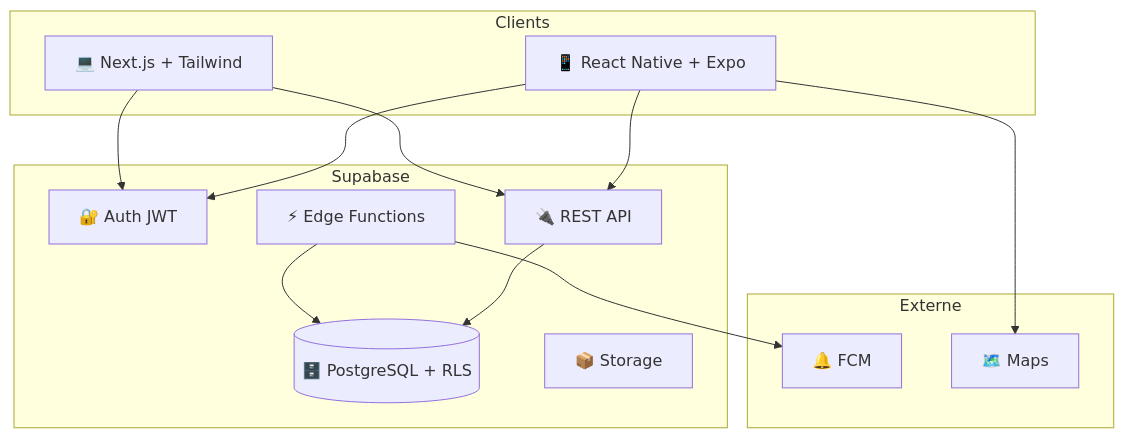
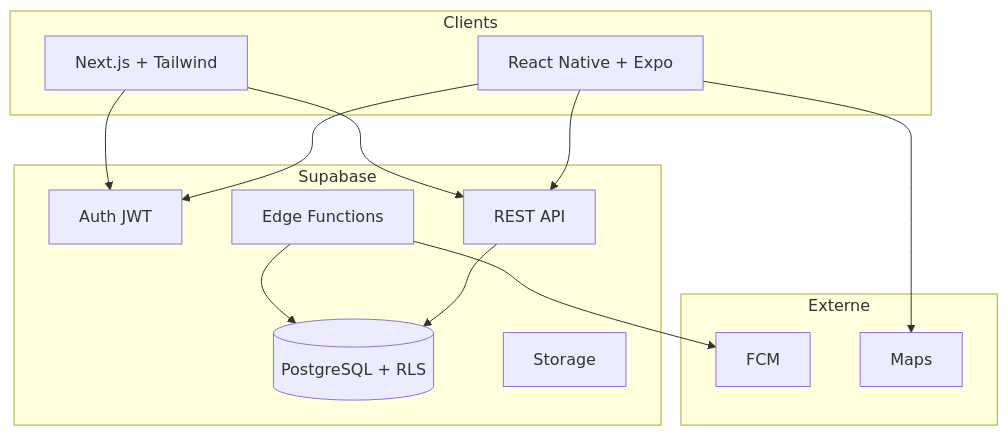
Before and after one commit to senmos26/bloodlink: the second of 5 diagrams in docs/CAHIER_DES_CHARGES_V2.md, drawn with Mermaid. The commit also changed other lines of this file and 82 other files, not shown here.

Commit message:
feat: rebuild mobile app with NativeWind Supabase Auth BloodLink screens

````diff
--- a/docs/CAHIER_DES_CHARGES_V2.md
+++ b/docs/CAHIER_DES_CHARGES_V2.md
@@ -232,26 +232,26 @@
 ```mermaid
 graph TB
     subgraph Clients
-        Mobile[📱 React Native + Expo]
-        Web[💻 Next.js + Tailwind]
+        Mobile[React Native + Expo]
+        Web[Next.js + Tailwind]
     end
     subgraph Supabase
-        Auth[🔐 Auth JWT]
-        DB[(🗄️ PostgreSQL + RLS)]
-        API[🔌 REST API]
-        EF[⚡ Edge Functions]
-        Storage[📦 Storage]
+        Auth[Auth JWT]
+        DB[(PostgreSQL + RLS)]
+        API[REST API]
+        EF[Edge Functions]
+        Storage[Storage]
     end
     subgraph Externe
-        FCM[🔔 FCM]
-        Maps[🗺️ Maps]
+        FCM[FCM]
+        Maps[Maps]
     end
     Mobile --> API
     Mobile --> Auth
     Web --> API
     Web --> Auth
     API --> DB
     EF --> DB
     EF --> FCM
     Mobile --> Maps
 ```
````
